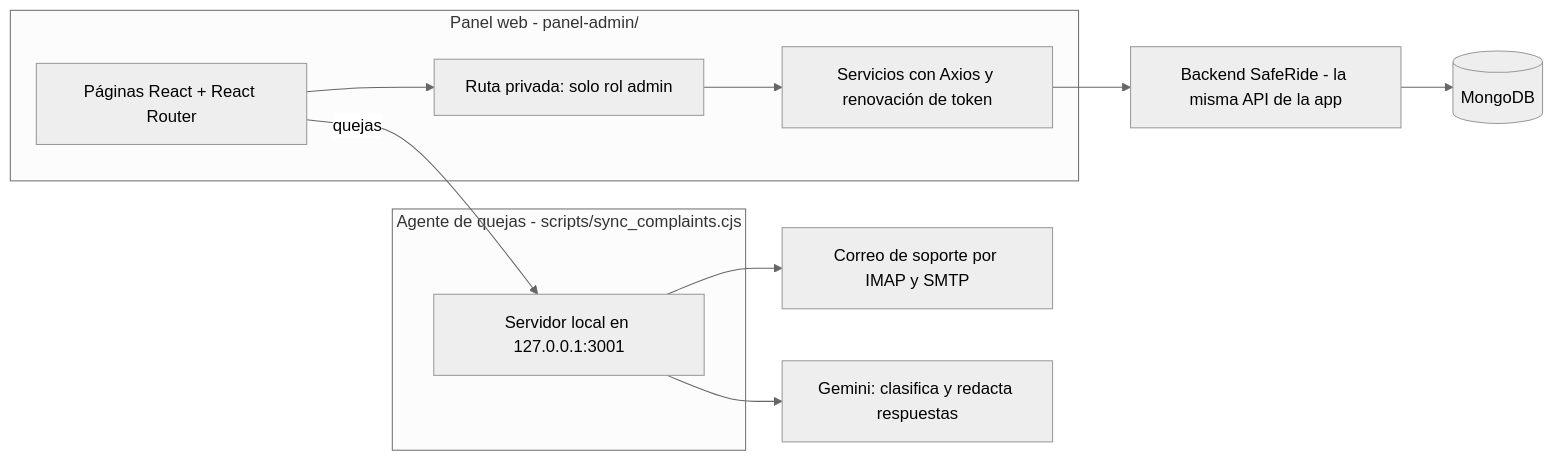
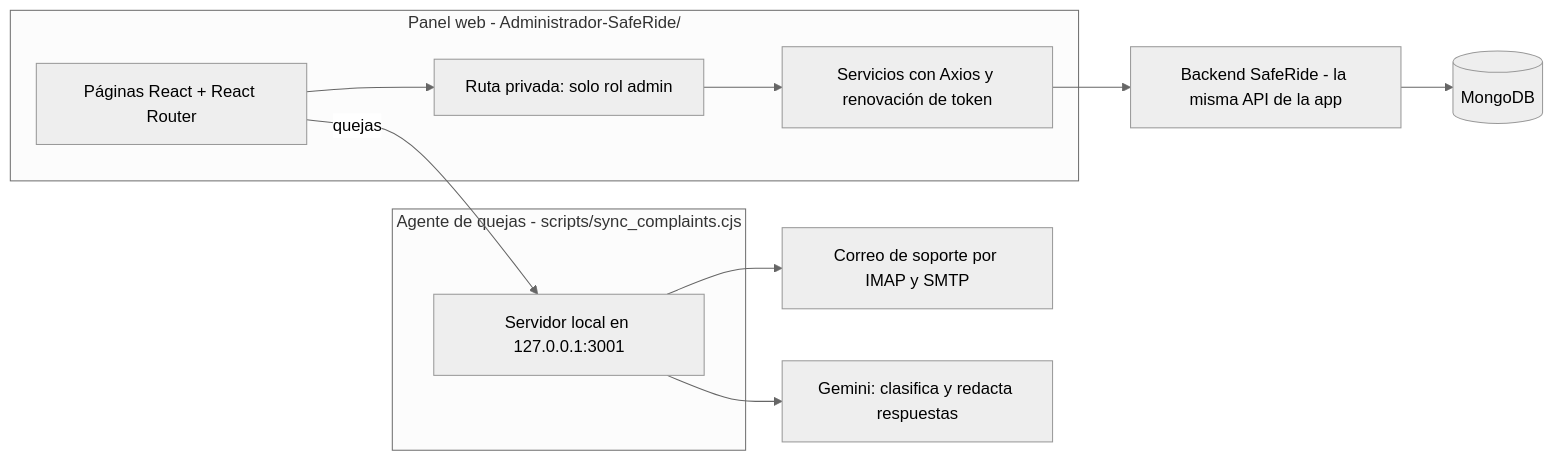
The third of 4 diagrams in README.md (tormentionrex-hub/saferide), drawn with Mermaid (neutral theme) before and after one commit. The commit also changed other lines of this file and 96 other files, not shown here.

Commit message:
refactor(panel): usar la carpeta Administrador-SafeRide igual que dev

````diff
--- a/README.md
+++ b/README.md
@@ -209,20 +209,20 @@
 ```mermaid
 flowchart LR
-    subgraph Navegador[Panel web - panel-admin/]
+    subgraph Navegador[Panel web - Administrador-SafeRide/]
         P[Páginas React + React Router]
         RUTA[Ruta privada: solo rol admin]
         SVC[Servicios con Axios y renovación de token]
     end
     subgraph Local[Agente de quejas - scripts/sync_complaints.cjs]
         AG[Servidor local en 127.0.0.1:3001]
     end
     API[Backend SafeRide - la misma API de la app]
     DB[(MongoDB)]
     GMAIL[Correo de soporte por IMAP y SMTP]
     IA[Gemini: clasifica y redacta respuestas]
 
     P --> RUTA --> SVC --> API --> DB
     P -->|quejas| AG
     AG --> GMAIL
     AG --> IA
 ```
````
